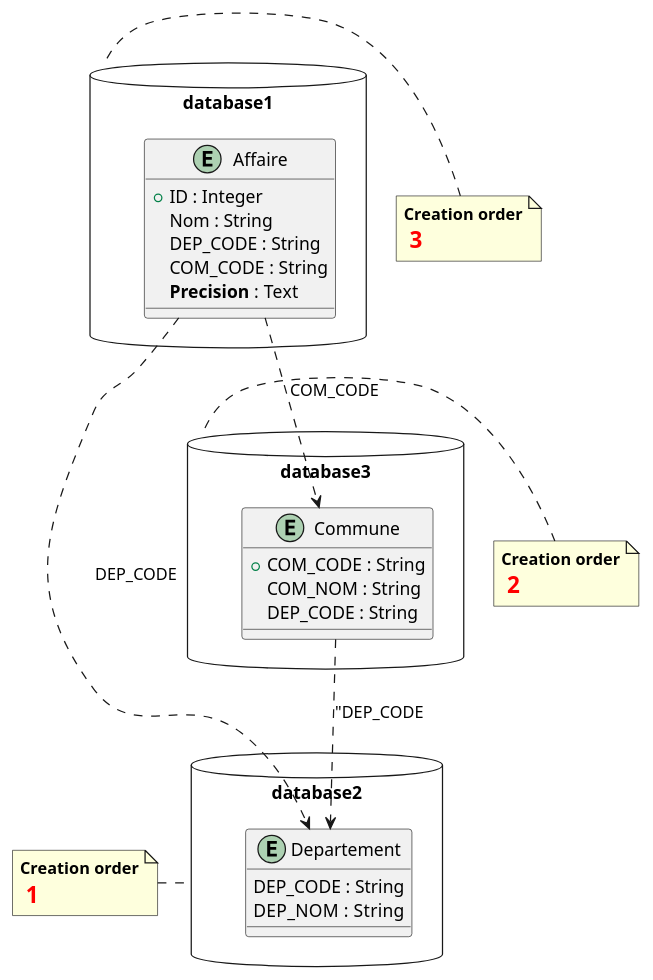
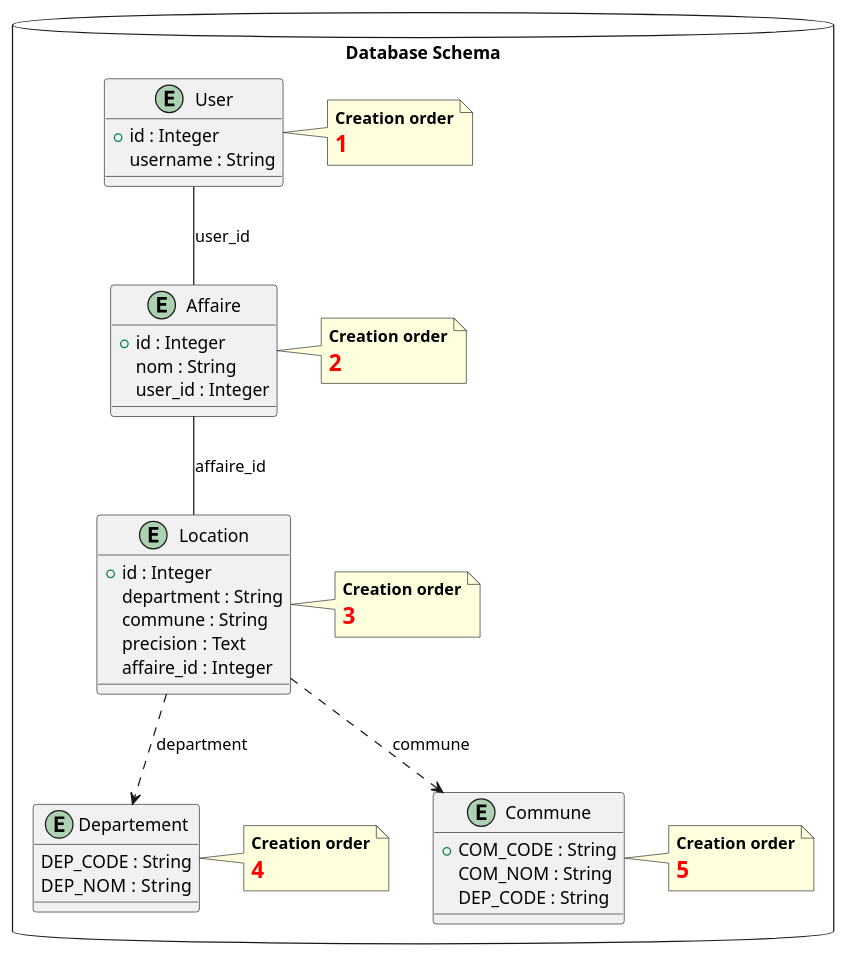
One commit to Alexvc23/flask-app changed the diagram in assets/diagramsBackend/database/models.diagrame.puml. Above: the diagram before and after it, drawn with PlantUML. The commit also changed 3 other files, not shown here.

First line of the commit message:
Update database schema and diagrams in assets

```diff
--- a/assets/diagramsBackend/database/models.diagrame.puml
+++ b/assets/diagramsBackend/database/models.diagrame.puml
@@ -1,48 +1,62 @@
 @startuml
 
+package "Database Schema" <<database>> {
 
-package database2 <<database>>{
+    entity "User" as user {
+        +id : Integer
+        username : String
+    }
+    note right of user
+       <b>Creation order</b>
+       <size:18><b><color:red>1</color></b></size>
+    end note
+
+    entity "Affaire" as affaire {
+        +id : Integer
+        nom : String
+        user_id : Integer
+    }
+    note right of affaire
+       <b>Creation order</b>
+       <size:18><b><color:red>2</color></b></size>
+    end note
+
+    entity "Location" as location {
+        +id : Integer
+        department : String
+        commune : String
+        precision : Text
+        affaire_id : Integer
+    }
+    note right of location
+       <b>Creation order</b>
+       <size:18><b><color:red>3</color></b></size>
+    end note
+
     entity "Departement" as departements {
-    DEP_CODE : String
-    DEP_NOM  : String
+        DEP_CODE : String
+        DEP_NOM  : String
     }
+    note right of departements
+       <b>Creation order</b>
+       <size:18><b><color:red>4</color></b></size>
+    end note
+
+    entity "Commune" as communes {
+        +COM_CODE : String
+        COM_NOM : String
+        DEP_CODE : String
+    }
+    note right of communes
+       <b>Creation order</b>
+       <size:18><b><color:red>5</color></b></size>
+    end note
+
 }
-note left of database2
-   <b>Creation order</b>
-   <size:18><b><color:red> 1 </color></b></size> 
-end note
 
+user -- affaire : "user_id"
+affaire -- location : "affaire_id"
+location ..> departements : "department"
+location ..> communes : "commune"
 
-package database3 <<database>>{
-    entity "Commune" as communes {
-    +COM_CODE : String
-    COM_NOM : String
-    DEP_CODE : String
-    }
-}
-note left of database3
-   <b>Creation order</b>
-   <size:18><b><color:red> 2 </color></b></size> 
-end note
-
-package database1 <<database>>{
-    entity "Affaire" as affaires {
-    +ID : Integer
-    Nom : String
-    DEP_CODE : String
-    COM_CODE : String
-    <b>Precision</b> : Text
-    }
-}
-note left of database1
-   <b>Creation order</b>
-   <size:18><b><color:red> 3 </color></b></size> 
-end note
-
-
-
-
-affaires ..> departements : "DEP_CODE"
-affaires ..> communes : "COM_CODE"
-communes ..> departements : "DEP_CODE
 @enduml
```
